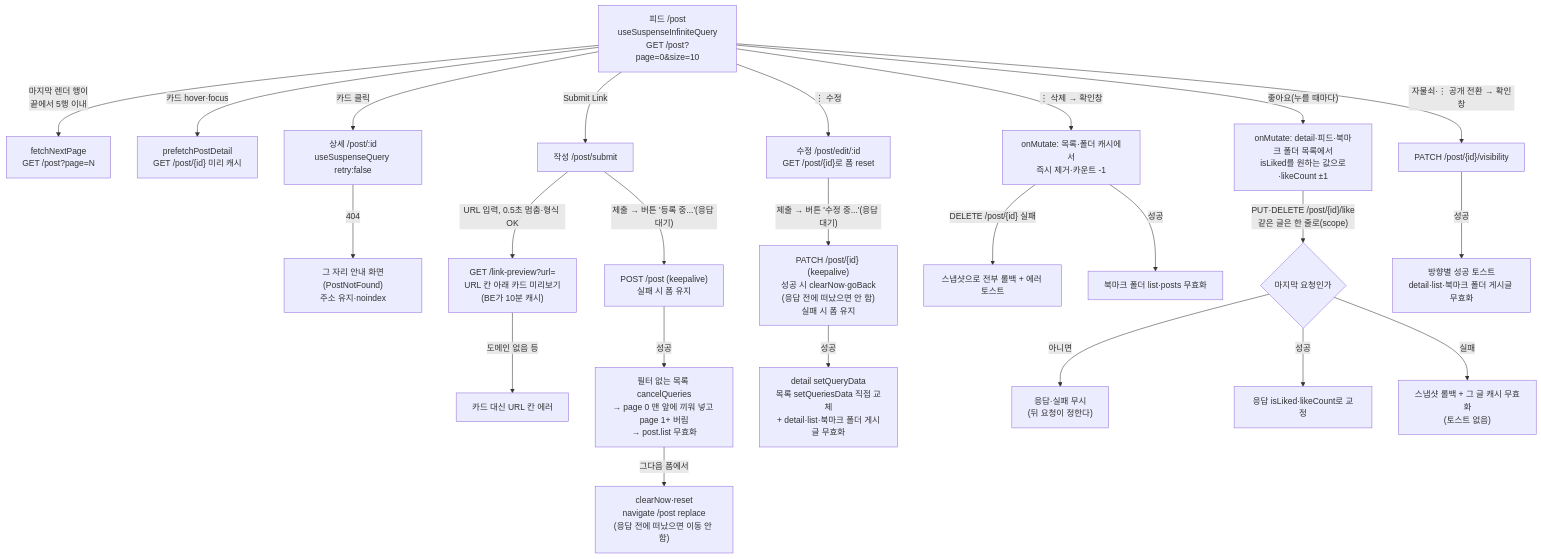
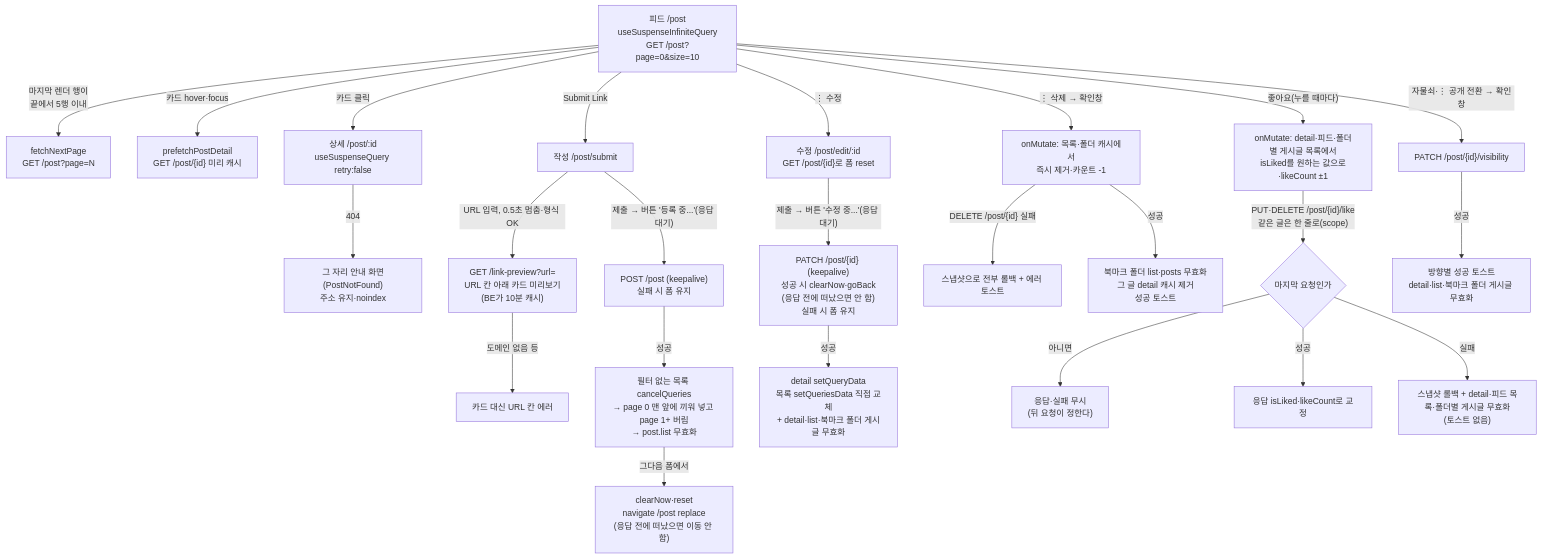
The diagram in docs/POST.md (BAECHAN/link-sphere_FE_NEW), drawn with Mermaid before and after one commit. The commit also changed other lines of this file and 52 other files, not shown here.

````diff
--- a/docs/POST.md
+++ b/docs/POST.md
@@ -38,31 +38,31 @@
 ```mermaid
 flowchart TD
   Feed["피드 /post<br/>useSuspenseInfiniteQuery<br/>GET /post?page=0&size=10"] -->|"마지막 렌더 행이<br/>끝에서 5행 이내"| Next["fetchNextPage<br/>GET /post?page=N"]
   Feed -->|"카드 hover·focus"| Prefetch["prefetchPostDetail<br/>GET /post/{id} 미리 캐시"]
   Feed -->|"카드 클릭"| Detail["상세 /post/:id<br/>useSuspenseQuery retry:false"]
   Detail -->|"404"| NotFound["그 자리 안내 화면(PostNotFound)<br/>주소 유지·noindex"]
 
   Feed -->|"Submit Link"| Create["작성 /post/submit"]
   Create -->|"URL 입력, 0.5초 멈춤·형식 OK"| Preview["GET /link-preview?url=<br/>URL 칸 아래 카드 미리보기<br/>(BE가 10분 캐시)"]
   Preview -->|"도메인 없음 등"| PreviewErr["카드 대신 URL 칸 에러"]
   Create -->|"제출 → 버튼 '등록 중...'(응답 대기)"| CreateReq["POST /post (keepalive)<br/>실패 시 폼 유지"]
   CreateReq -->|"성공"| CreateOk["필터 없는 목록 cancelQueries<br/>→ page 0 맨 앞에 끼워 넣고 page 1+ 버림<br/>→ post.list 무효화"]
   CreateOk -->|"그다음 폼에서"| CreateNav["clearNow·reset<br/>navigate /post replace<br/>(응답 전에 떠났으면 이동 안 함)"]
 
   Feed -->|"⋮ 수정"| Edit["수정 /post/edit/:id<br/>GET /post/{id}로 폼 reset"]
   Edit -->|"제출 → 버튼 '수정 중...'(응답 대기)"| EditReq["PATCH /post/{id} (keepalive)<br/>성공 시 clearNow·goBack<br/>(응답 전에 떠났으면 안 함)<br/>실패 시 폼 유지"]
   EditReq -->|"성공"| EditOk["detail setQueryData<br/>목록 setQueriesData 직접 교체<br/>+ detail·list·북마크 폴더 게시글 무효화"]
 
   Feed -->|"⋮ 삭제 → 확인창"| Del["onMutate: 목록·폴더 캐시에서<br/>즉시 제거·카운트 -1"]
   Del -->|"DELETE /post/{id} 실패"| DelRollback["스냅샷으로 전부 롤백 + 에러 토스트"]
-  Del -->|"성공"| DelOk["북마크 폴더 list·posts 무효화"]
+  Del -->|"성공"| DelOk["북마크 폴더 list·posts 무효화<br/>그 글 detail 캐시 제거<br/>성공 토스트"]
 
-  Feed -->|"좋아요(누를 때마다)"| Like["onMutate: detail·피드·북마크 폴더 목록에서<br/>isLiked를 원하는 값으로·likeCount ±1"]
+  Feed -->|"좋아요(누를 때마다)"| Like["onMutate: detail·피드·폴더별 게시글 목록에서<br/>isLiked를 원하는 값으로·likeCount ±1"]
   Like -->|"PUT·DELETE /post/{id}/like<br/>같은 글은 한 줄로(scope)"| LikeLast{"마지막 요청인가"}
   LikeLast -->|"아니면"| LikeSkip["응답·실패 무시<br/>(뒤 요청이 정한다)"]
   LikeLast -->|"성공"| LikeOk["응답 isLiked·likeCount로 교정"]
-  LikeLast -->|"실패"| LikeRollback["스냅샷 롤백 + 그 글 캐시 무효화<br/>(토스트 없음)"]
+  LikeLast -->|"실패"| LikeRollback["스냅샷 롤백 + detail·피드 목록·폴더별 게시글 무효화<br/>(토스트 없음)"]
 
   Feed -->|"자물쇠·⋮ 공개 전환 → 확인창"| Vis["PATCH /post/{id}/visibility"]
   Vis -->|"성공"| VisOk["방향별 성공 토스트<br/>detail·list·북마크 폴더 게시글 무효화"]
 ```
````
